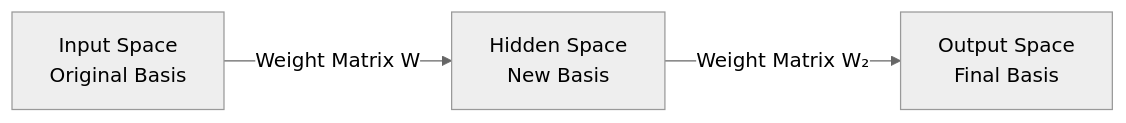
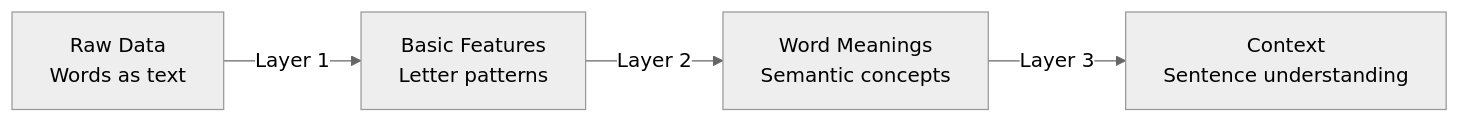
Before and after one commit to amankumarcode/ai-agent-notes: the first of 6 diagrams in docs/00_foundations/linear_algebra.md, drawn with Mermaid (neutral theme). The commit also changed other lines of this file, not shown here.

````diff
--- a/docs/00_foundations/linear_algebra.md
+++ b/docs/00_foundations/linear_algebra.md
@@ -50,5 +56,6 @@
 ```mermaid
 graph LR
-    A[Input Space<br/>Original Basis] -->|Weight Matrix W| B[Hidden Space<br/>New Basis]
-    B -->|Weight Matrix W₂| C[Output Space<br/>Final Basis]
+    A[Raw Data<br/>Words as text] -->|Layer 1| B[Basic Features<br/>Letter patterns]
+    B -->|Layer 2| C[Word Meanings<br/>Semantic concepts]
+    C -->|Layer 3| D[Context<br/>Sentence understanding]
 ```
````
